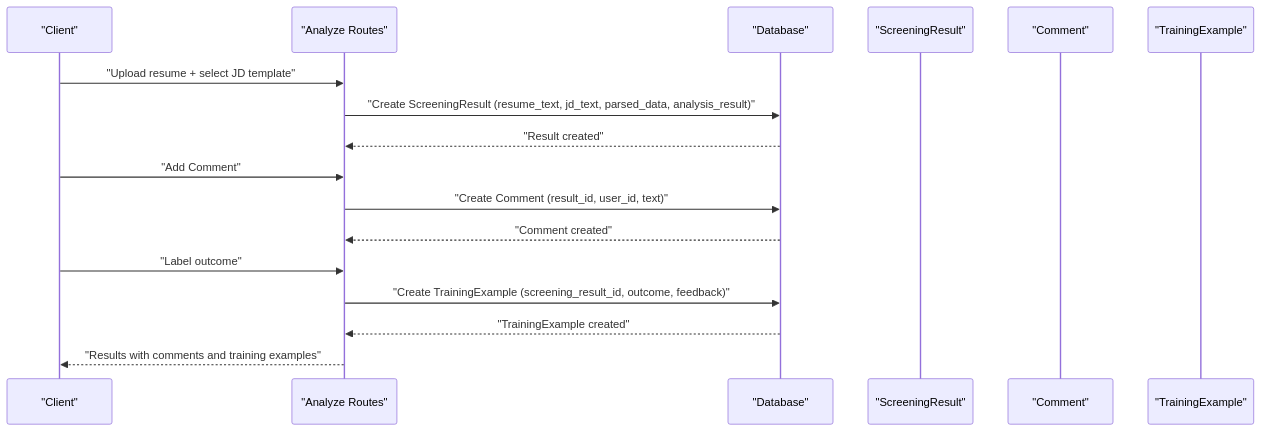
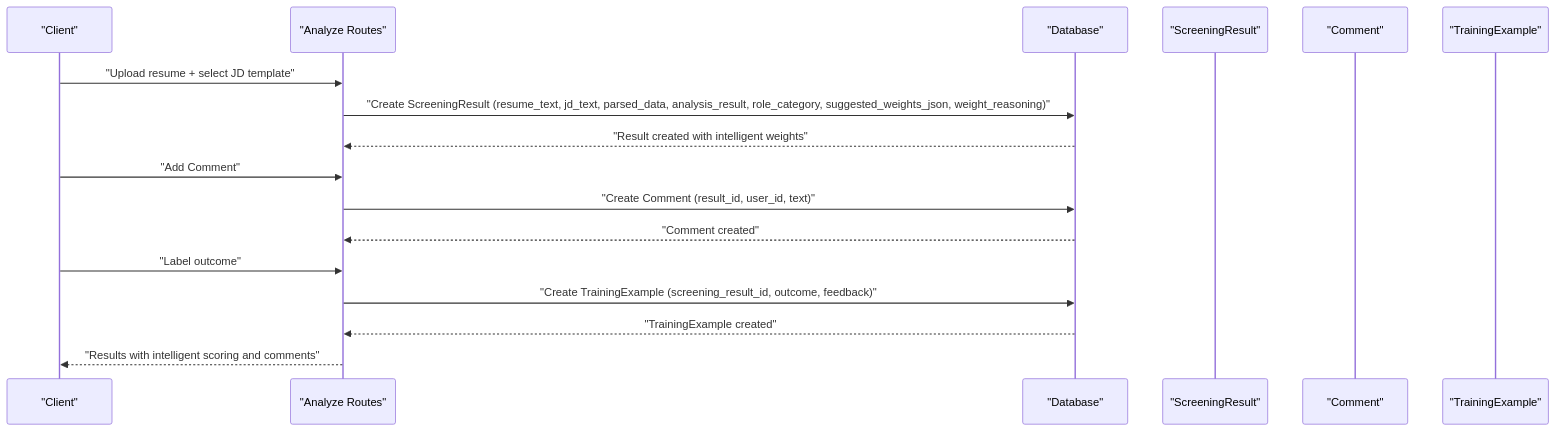
One commit to Revanththetalogics/aireume changed the fifth of 8 diagrams in .qoder/repowiki/en/content/Database Design/Core Models Overview.md. Above: the diagram before and after it, drawn with Mermaid. The commit also changed other lines of this file and 20 other files, not shown here.

First line of the commit message:
fix: persist complete report data to analysis_result for Candidates page

````diff
--- a/.qoder/repowiki/en/content/Database Design/Core Models Overview.md
+++ b/.qoder/repowiki/en/content/Database Design/Core Models Overview.md
@@ -521,19 +631,19 @@
 ```mermaid
 sequenceDiagram
 participant Client as "Client"
 participant API as "Analyze Routes"
 participant DB as "Database"
 participant Result as "ScreeningResult"
 participant Comment as "Comment"
 participant Train as "TrainingExample"
 Client->>API : "Upload resume + select JD template"
-API->>DB : "Create ScreeningResult (resume_text, jd_text, parsed_data, analysis_result)"
-DB-->>API : "Result created"
+API->>DB : "Create ScreeningResult (resume_text, jd_text, parsed_data, analysis_result, role_category, suggested_weights_json, weight_reasoning)"
+DB-->>API : "Result created with intelligent weights"
 Client->>API : "Add Comment"
 API->>DB : "Create Comment (result_id, user_id, text)"
 DB-->>API : "Comment created"
 Client->>API : "Label outcome"
 API->>DB : "Create TrainingExample (screening_result_id, outcome, feedback)"
 DB-->>API : "TrainingExample created"
-API-->>Client : "Results with comments and training examples"
+API-->>Client : "Results with intelligent scoring and comments"
 ```
````
